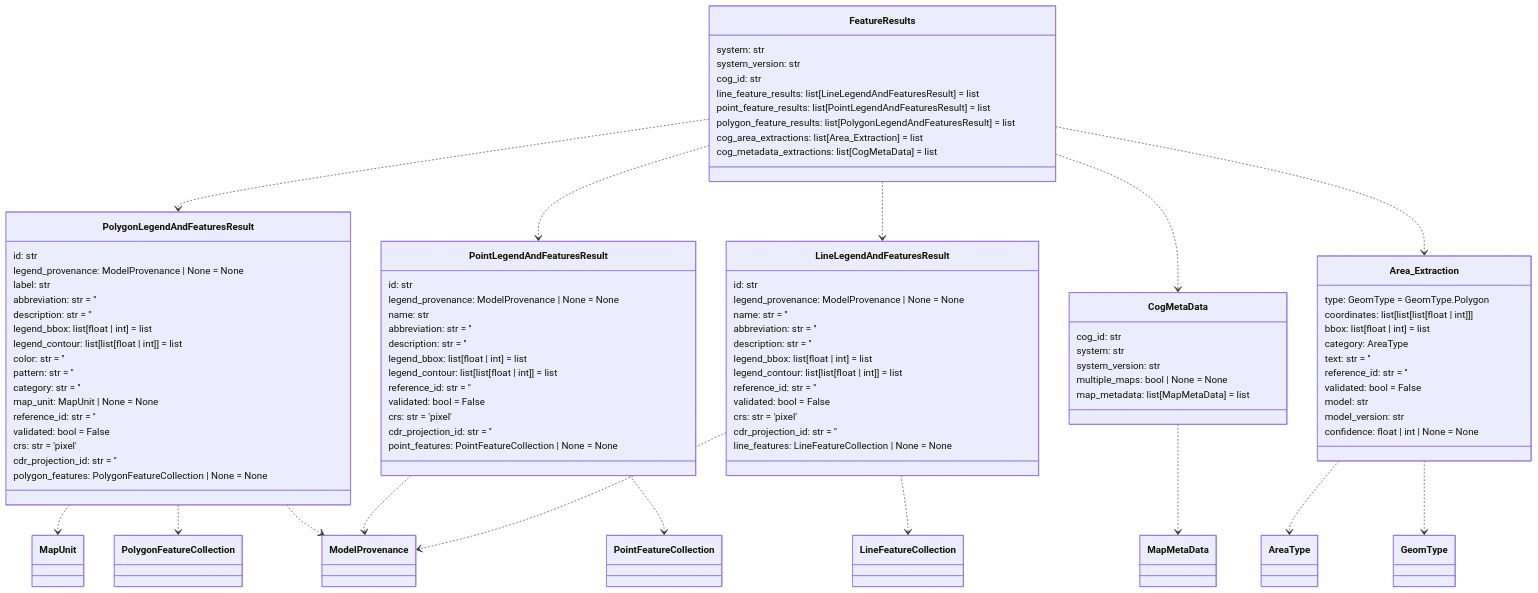
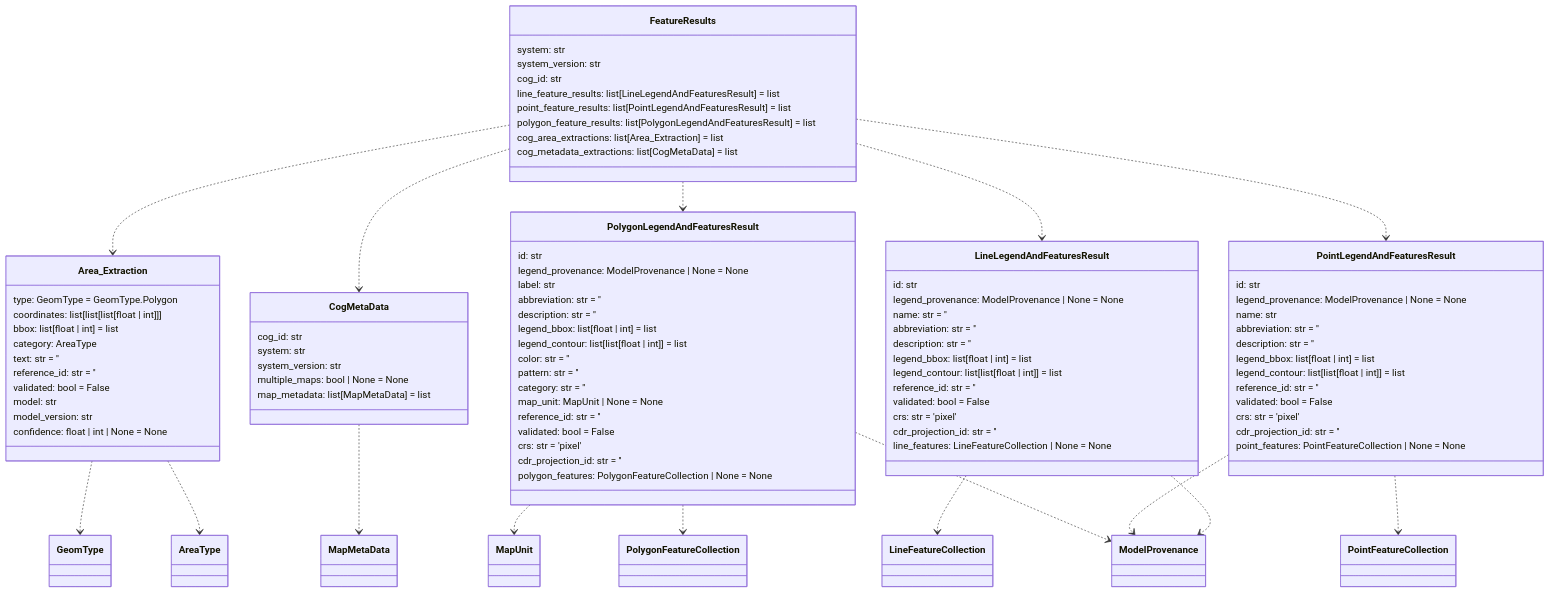
Before and after one commit to DARPA-CRITICALMAAS/cdr_schemas: the fourth of 14 diagrams in README.md, drawn with Mermaid. The commit also changed other lines of this file and 4 other files, not shown here.

````diff
--- a/README.md
+++ b/README.md
@@ -275,19 +277,25 @@
         polygon_features: PolygonFeatureCollection | None = None
     }
 
-    class PointLegendAndFeaturesResult {
-        id: str
-        legend_provenance: ModelProvenance | None = None
-        name: str
-        abbreviation: str = ''
-        description: str = ''
-        legend_bbox: list[float | int] = list
-        legend_contour: list[list[float | int]] = list
+    class Area_Extraction {
+        type: GeomType = GeomType.Polygon
+        coordinates: list[list[list[float | int]]]
+        bbox: list[float | int] = list
+        category: AreaType
+        text: str = ''
         reference_id: str = ''
         validated: bool = False
-        crs: str = 'pixel'
-        cdr_projection_id: str = ''
-        point_features: PointFeatureCollection | None = None
+        model: str
+        model_version: str
+        confidence: float | int | None = None
+    }
+
+    class CogMetaData {
+        cog_id: str
+        system: str
+        system_version: str
+        multiple_maps: bool | None = None
+        map_metadata: list[MapMetaData] = list
     }
 
     class LineLegendAndFeaturesResult {
@@ -305,14 +313,6 @@
         line_features: LineFeatureCollection | None = None
     }
 
-    class CogMetaData {
-        cog_id: str
-        system: str
-        system_version: str
-        multiple_maps: bool | None = None
-        map_metadata: list[MapMetaData] = list
-    }
-
     class FeatureResults {
         system: str
         system_version: str
@@ -324,34 +324,36 @@
         cog_metadata_extractions: list[CogMetaData] = list
     }
 
-    class Area_Extraction {
-        type: GeomType = GeomType.Polygon
-        coordinates: list[list[list[float | int]]]
-        bbox: list[float | int] = list
-        category: AreaType
-        text: str = ''
+    class PointLegendAndFeaturesResult {
+        id: str
+        legend_provenance: ModelProvenance | None = None
+        name: str
+        abbreviation: str = ''
+        description: str = ''
+        legend_bbox: list[float | int] = list
+        legend_contour: list[list[float | int]] = list
         reference_id: str = ''
         validated: bool = False
-        model: str
-        model_version: str
-        confidence: float | int | None = None
+        crs: str = 'pixel'
+        cdr_projection_id: str = ''
+        point_features: PointFeatureCollection | None = None
     }
 
+    Area_Extraction ..> GeomType
     Area_Extraction ..> AreaType
-    Area_Extraction ..> GeomType
+    LineLegendAndFeaturesResult ..> LineFeatureCollection
     LineLegendAndFeaturesResult ..> ModelProvenance
-    LineLegendAndFeaturesResult ..> LineFeatureCollection
     PointLegendAndFeaturesResult ..> PointFeatureCollection
     PointLegendAndFeaturesResult ..> ModelProvenance
     PolygonLegendAndFeaturesResult ..> ModelProvenance
     PolygonLegendAndFeaturesResult ..> MapUnit
     PolygonLegendAndFeaturesResult ..> PolygonFeatureCollection
     CogMetaData ..> MapMetaData
+    FeatureResults ..> Area_Extraction
+    FeatureResults ..> CogMetaData
     FeatureResults ..> PolygonLegendAndFeaturesResult
+    FeatureResults ..> LineLegendAndFeaturesResult
     FeatureResults ..> PointLegendAndFeaturesResult
-    FeatureResults ..> LineLegendAndFeaturesResult
-    FeatureResults ..> CogMetaData
-    FeatureResults ..> Area_Extraction
 
 
 ```
````
